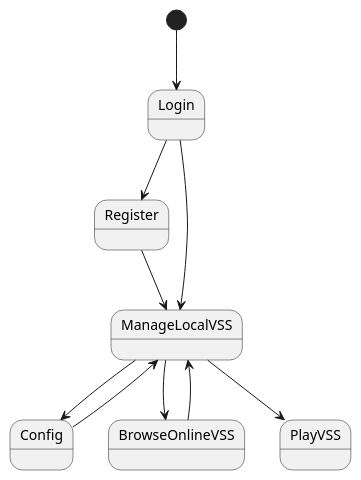
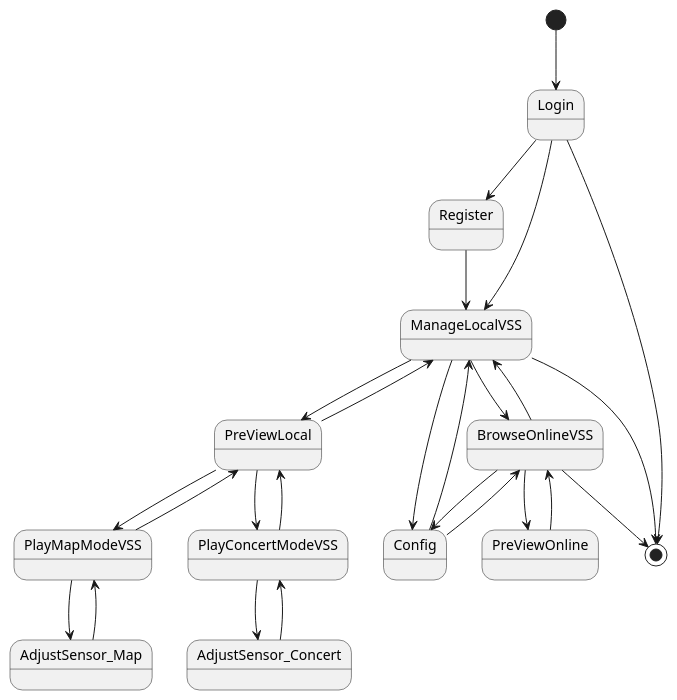
Before and after one commit to kpp19920121/doc: the second of 2 diagrams in 需求定义/软件需求规约.md, drawn with PlantUML. The commit also changed other lines of this file and 1 other file, not shown here.

Commit message:
Added UI diagram to RE

````diff
--- a/需求定义/软件需求规约.md
+++ b/需求定义/软件需求规约.md
@@ -618,15 +606,33 @@
 ```PlantUML
 @startuml
 [*] --> Login
 Login --> Register
 Register --> ManageLocalVSS
 Login --> ManageLocalVSS
+ManageLocalVSS --> BrowseOnlineVSS
+BrowseOnlineVSS --> ManageLocalVSS
+BrowseOnlineVSS --> PreViewOnline
+ManageLocalVSS --> PreViewLocal
+PreViewLocal --> PlayMapModeVSS
+PlayMapModeVSS --> PreViewLocal
+PreViewLocal --> ManageLocalVSS
+PreViewLocal --> PlayConcertModeVSS
+PlayConcertModeVSS --> PreViewLocal
+PreViewOnline --> BrowseOnlineVSS
+PlayMapModeVSS --> AdjustSensor_Map
+AdjustSensor_Map --> PlayMapModeVSS
+PlayConcertModeVSS --> AdjustSensor_Concert
+AdjustSensor_Concert --> PlayConcertModeVSS
+
+Login --> [*]
+ManageLocalVSS --> [*]
+BrowseOnlineVSS --> [*]
 ManageLocalVSS --> Config
-ManageLocalVSS --> BrowseOnlineVSS
-ManageLocalVSS --> PlayVSS
 Config --> ManageLocalVSS
-BrowseOnlineVSS --> ManageLocalVSS
+BrowseOnlineVSS --> Config
+Config --> BrowseOnlineVSS
+
 
 
 @enduml
 ```
````
